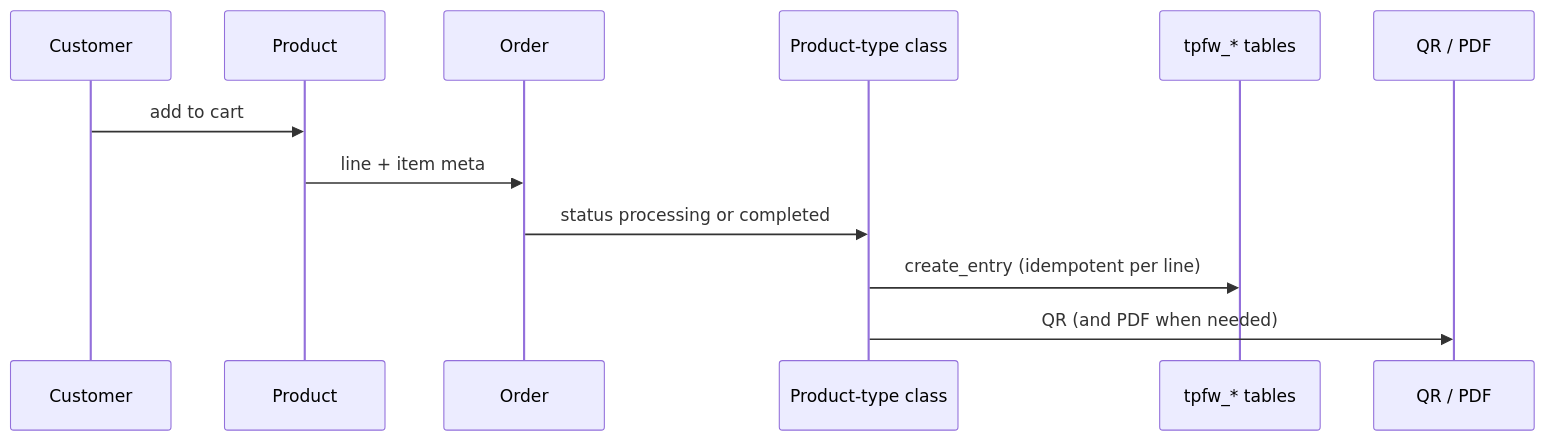
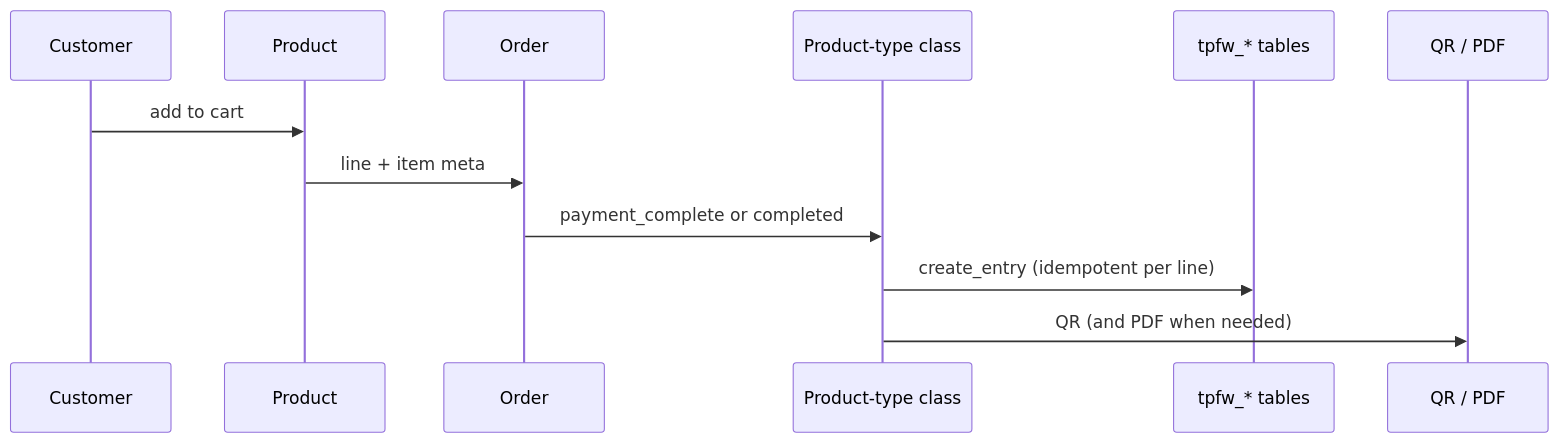
One commit to ricande/Tickets-Passes-for-WooCommerce changed the diagram in docs/architecture.md. Above: the diagram before and after it, drawn with Mermaid. The commit also changed other lines of this file and 57 other files, not shown here.

````diff
--- a/docs/architecture.md
+++ b/docs/architecture.md
@@ -37,15 +37,15 @@
 ```mermaid
 sequenceDiagram
     participant Customer
     participant Product
     participant Order
     participant Type as Product-type class
     participant DB as tpfw_* tables
     participant Files as QR / PDF
 
     Customer->>Product: add to cart
     Product->>Order: line + item meta
-    Order->>Type: status processing or completed
+    Order->>Type: payment_complete or completed
     Type->>DB: create_entry (idempotent per line)
     Type->>Files: QR (and PDF when needed)
 ```
````
